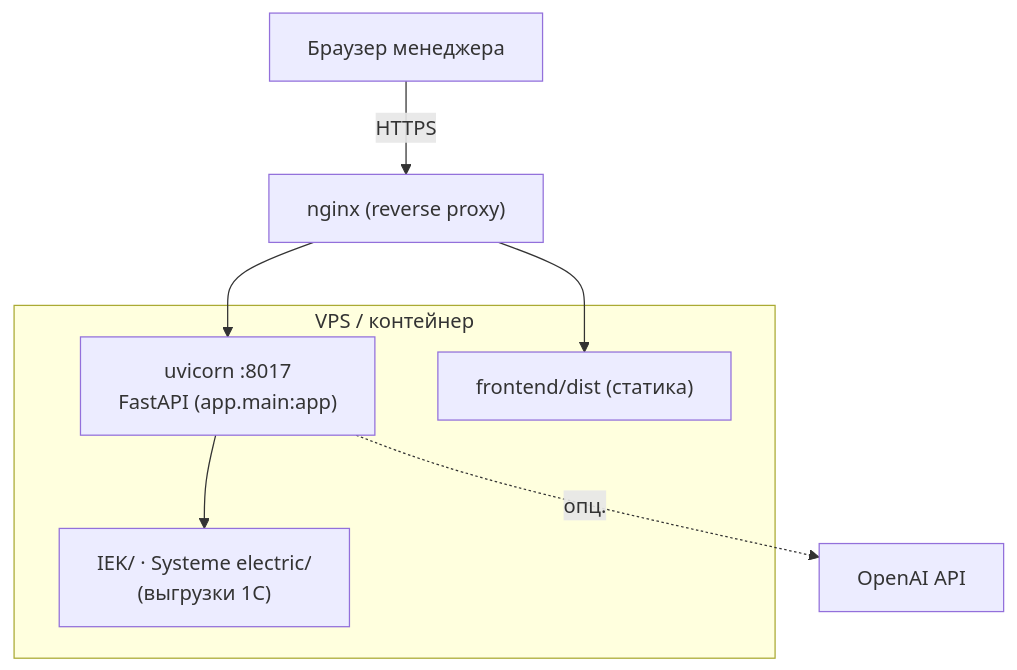
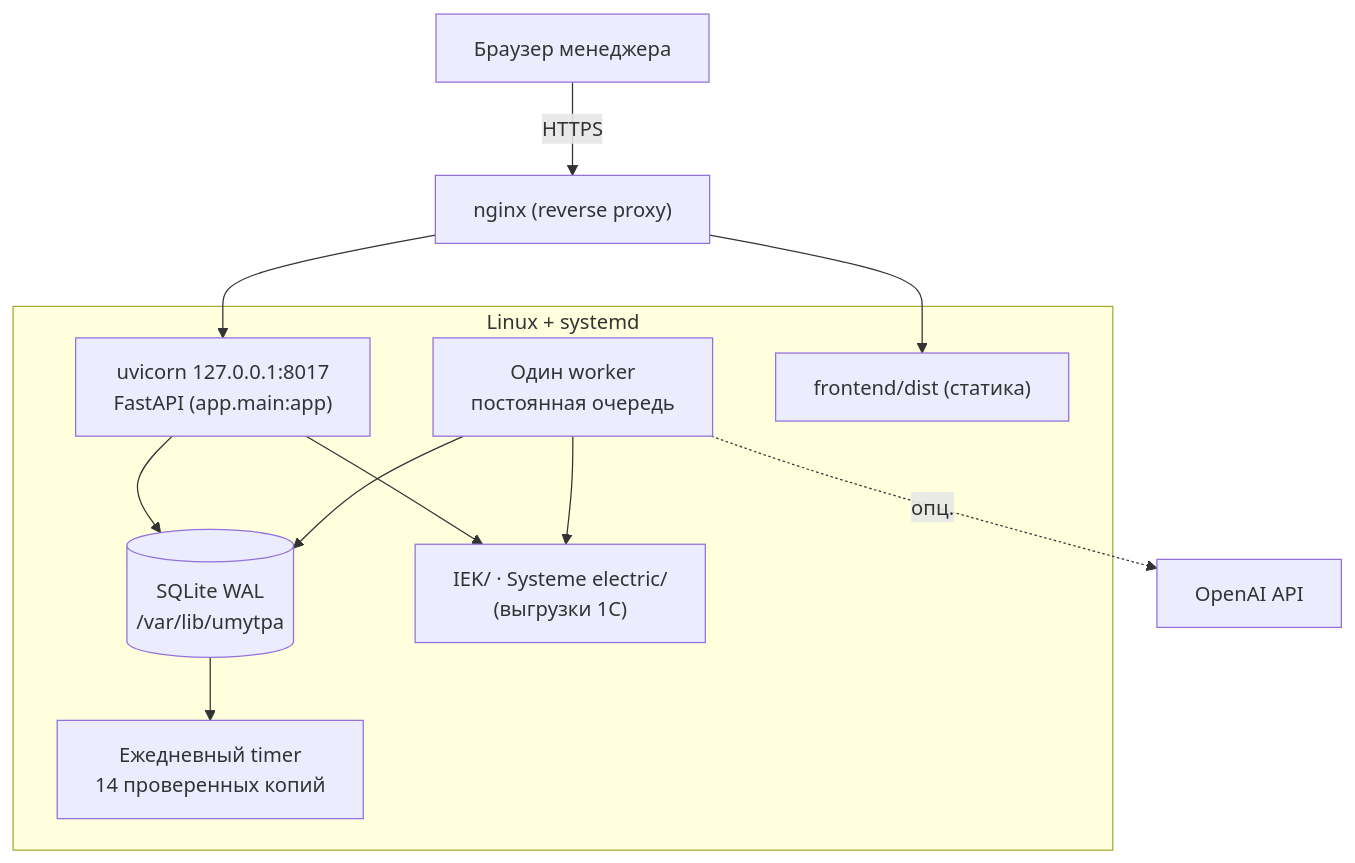
Before and after one commit to BAITC-Hacks/hack-a84ff6d0-hubtech: the fifth of 5 diagrams in docs/АРХИТЕКТУРА.md, drawn with Mermaid. The commit also changed other lines of this file and 84 other files, not shown here.

````diff
--- a/docs/АРХИТЕКТУРА.md
+++ b/docs/АРХИТЕКТУРА.md
@@ -194,13 +207,20 @@
 ```mermaid
 flowchart TD
-    subgraph Server["VPS / контейнер"]
-        UV["uvicorn :8017<br/>FastAPI (app.main:app)"]
+    subgraph Server["Linux + systemd"]
+        UV["uvicorn 127.0.0.1:8017<br/>FastAPI (app.main:app)"]
+        WORKER["Один worker<br/>постоянная очередь"]
+        DB[("SQLite WAL<br/>/var/lib/umytpa")]
+        BACKUP["Ежедневный timer<br/>14 проверенных копий"]
         FILES["IEK/ · Systeme electric/<br/>(выгрузки 1С)"]
         STATIC["frontend/dist (статика)"]
     end
     Browser["Браузер менеджера"] -->|HTTPS| NGINX["nginx (reverse proxy)"]
     NGINX --> UV
     UV --> FILES
+    WORKER --> FILES
+    UV --> DB
+    WORKER --> DB
+    DB --> BACKUP
     NGINX --> STATIC
-    UV -.->|опц.| OPENAI["OpenAI API"]
+    WORKER -.->|опц.| OPENAI["OpenAI API"]
 ```
````
